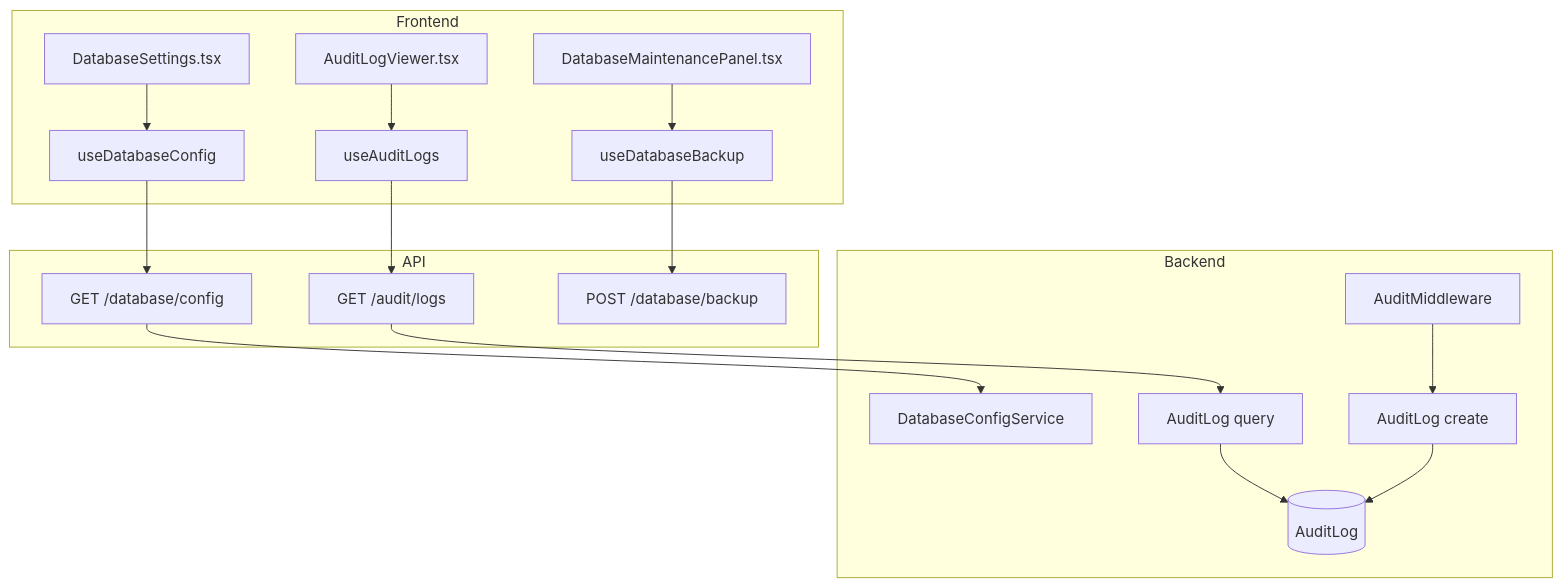
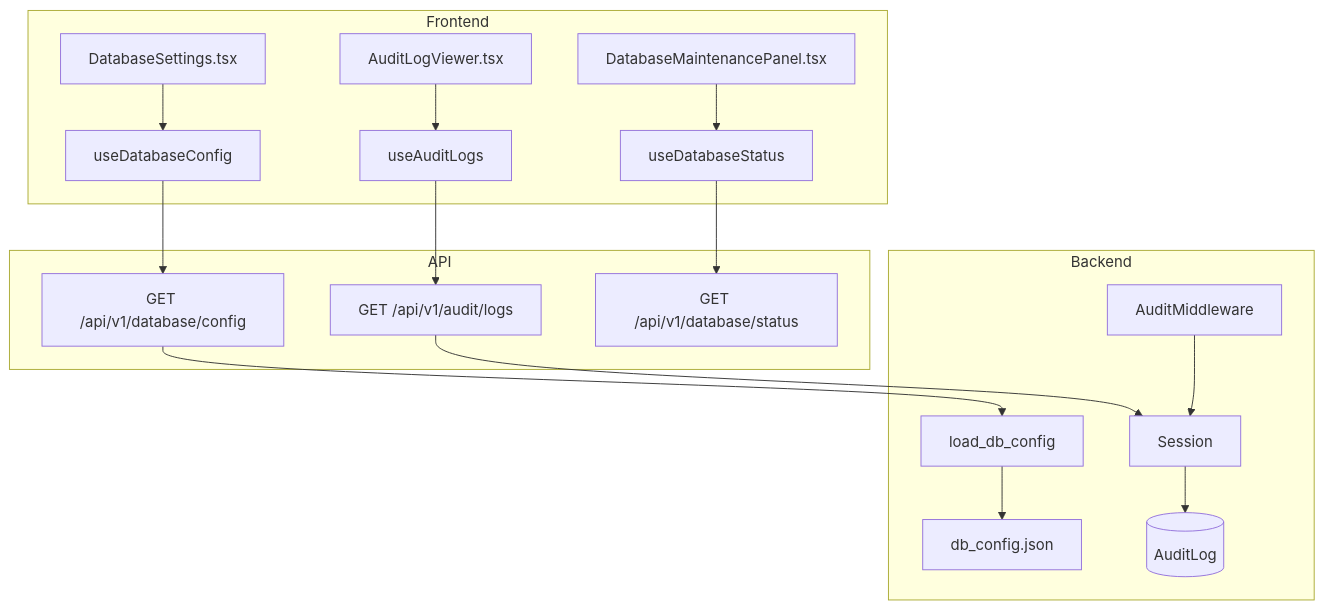
The first of 2 diagrams in .knowledge/features/admin.md (saturnis-io/cassini), drawn with Mermaid before and after one commit. The commit also changed other lines of this file and 15 other files, not shown here.

Commit message:
knowledge-graph: regenerate

````diff
--- a/.knowledge/features/admin.md
+++ b/.knowledge/features/admin.md
@@ -5,20 +5,20 @@
 ```mermaid
 flowchart TD
     subgraph Frontend
         C1[DatabaseSettings.tsx] --> H1[useDatabaseConfig]
         C2[AuditLogViewer.tsx] --> H2[useAuditLogs]
-        C3[DatabaseMaintenancePanel.tsx] --> H3[useDatabaseBackup]
+        C3[DatabaseMaintenancePanel.tsx] --> H3[useDatabaseStatus]
     end
     subgraph API
-        H1 --> E1["GET /database/config"]
-        H2 --> E2["GET /audit/logs"]
-        H3 --> E3["POST /database/backup"]
+        H1 --> E1[GET /api/v1/database/config]
+        H2 --> E2[GET /api/v1/audit/logs]
+        H3 --> E3[GET /api/v1/database/status]
     end
     subgraph Backend
-        E1 --> S1[DatabaseConfigService]
-        E2 --> R1[AuditLog query]
-        S2[AuditMiddleware] --> R2[AuditLog create]
-        R1 --> M1[(AuditLog)]
-        R2 --> M1
+        E1 --> S1[load_db_config]
+        S1 --> M1[db_config.json]
+        E2 --> R1[Session]
+        R1 --> M2[(AuditLog)]
+        S2[AuditMiddleware] --> R1
     end
 ```
````
